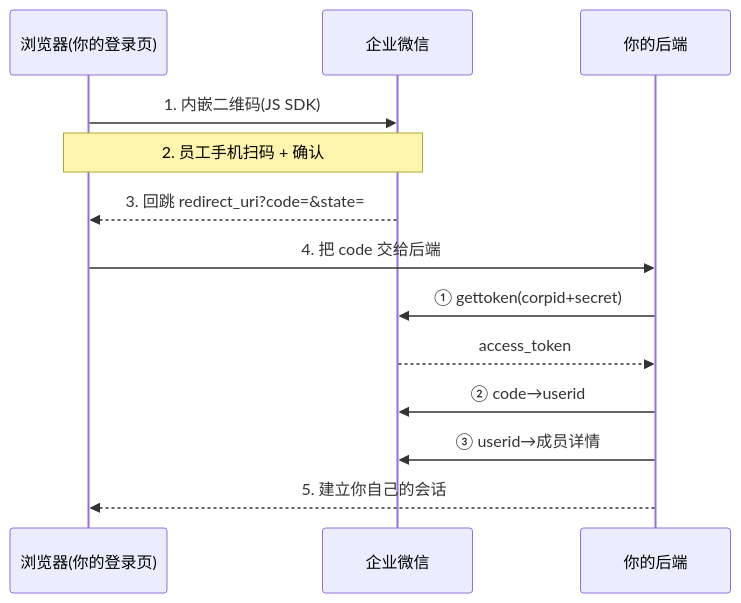
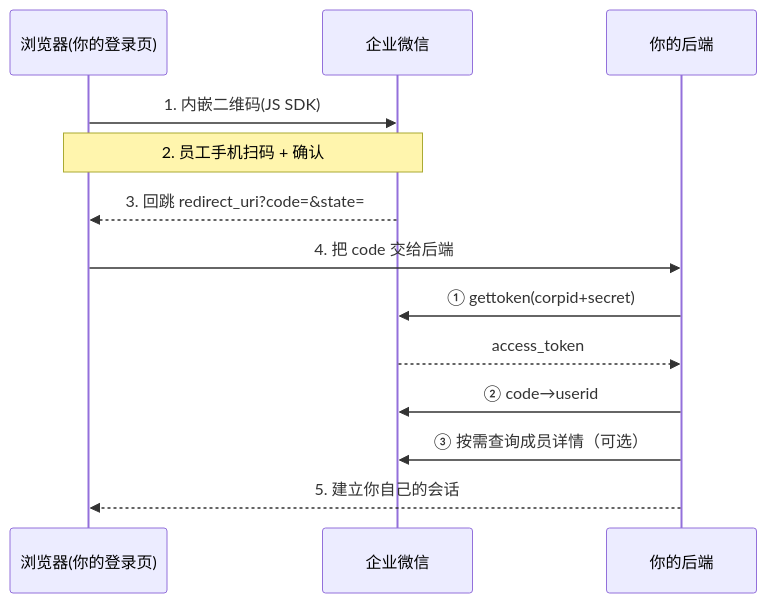
One commit to authn-cn/authn-cn.github.io changed the diagram in docs/cn-sso/wecom.md. Above: the diagram before and after it, drawn with Mermaid. The commit also changed other lines of this file and 17 other files, not shown here.

````diff
--- a/docs/cn-sso/wecom.md
+++ b/docs/cn-sso/wecom.md
@@ -15,15 +15,15 @@
 ```mermaid
 sequenceDiagram
     participant B as 浏览器(你的登录页)
     participant W as 企业微信
     participant S as 你的后端
     B->>W: 1. 内嵌二维码(JS SDK)
     Note over B,W: 2. 员工手机扫码 + 确认
     W-->>B: 3. 回跳 redirect_uri?code=&state=
     B->>S: 4. 把 code 交给后端
     S->>W: ① gettoken(corpid+secret)
     W-->>S: access_token
     S->>W: ② code→userid
-    S->>W: ③ userid→成员详情
+    S->>W: ③ 按需查询成员详情（可选）
     S-->>B: 5. 建立你自己的会话
 ```
````
